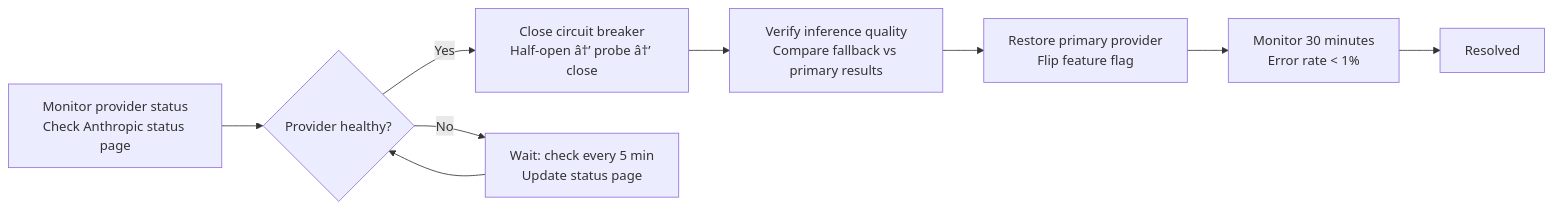
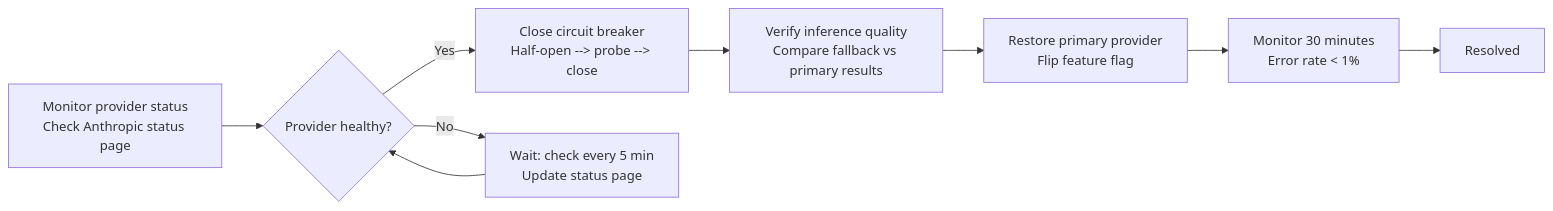
Before and after one commit to Driftloom/Vaeloom: the second of 2 diagrams in Docs/Operations/Runbooks/AI-Service-Outage.md, drawn with Mermaid. The commit also changed other lines of this file and 16 other files, not shown here.

````diff
--- a/Docs/Operations/Runbooks/AI-Service-Outage.md
+++ b/Docs/Operations/Runbooks/AI-Service-Outage.md
@@ -161,13 +161,13 @@
 ```mermaid
 flowchart LR
     A["Monitor provider status<br/>Check Anthropic status page"] --> B{"Provider healthy?"}
-    B -->|Yes| C["Close circuit breaker<br/>Half-open â†’ probe â†’ close"]
+    B -->|Yes| C["Close circuit breaker<br/>Half-open --> probe --> close"]
     C --> D["Verify inference quality<br/>Compare fallback vs primary results"]
     D --> E["Restore primary provider<br/>Flip feature flag"]
     E --> F["Monitor 30 minutes<br/>Error rate < 1%"]
     
     B -->|No| G["Wait: check every 5 min<br/>Update status page"]
     G --> B
     
     F --> H[Resolved]
 ```
````
